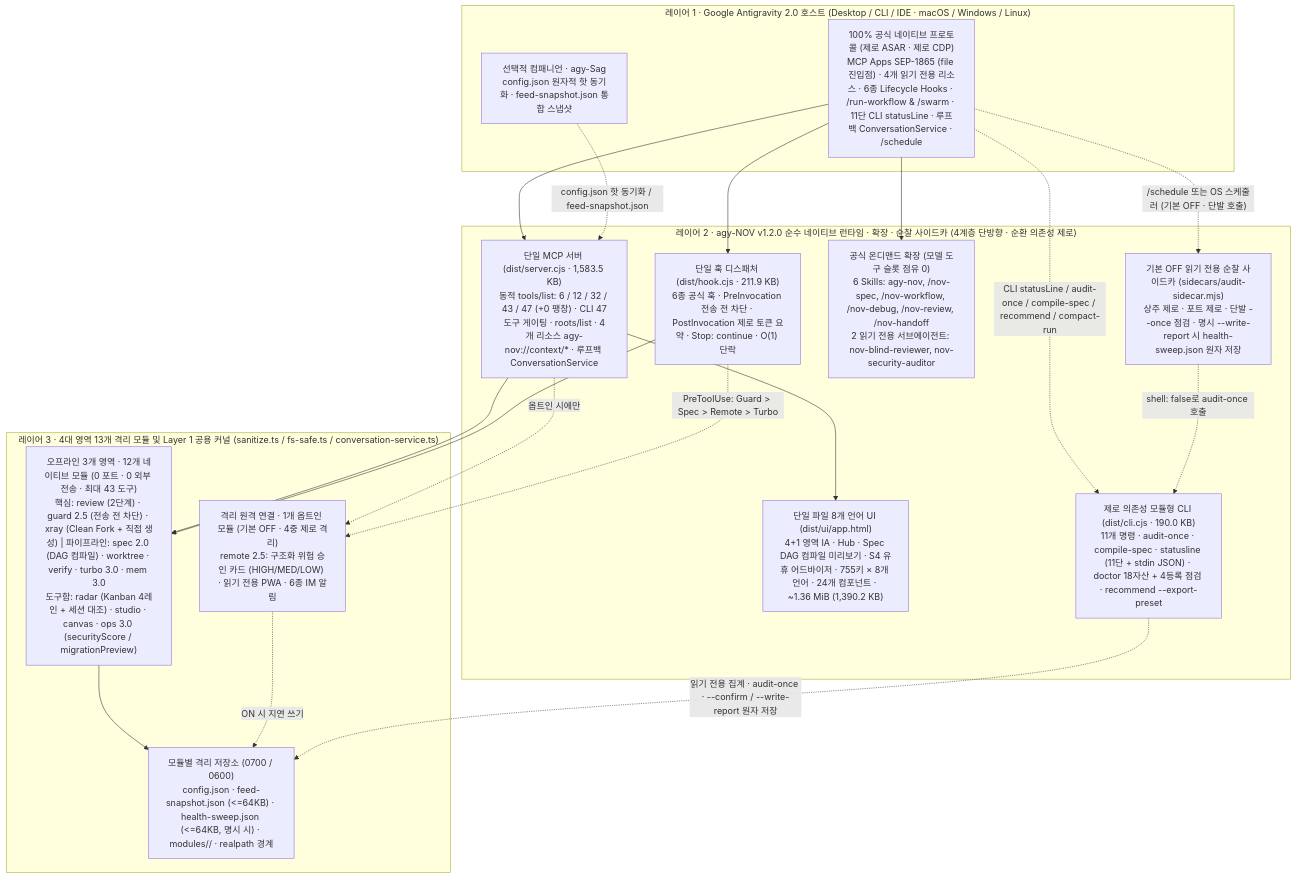
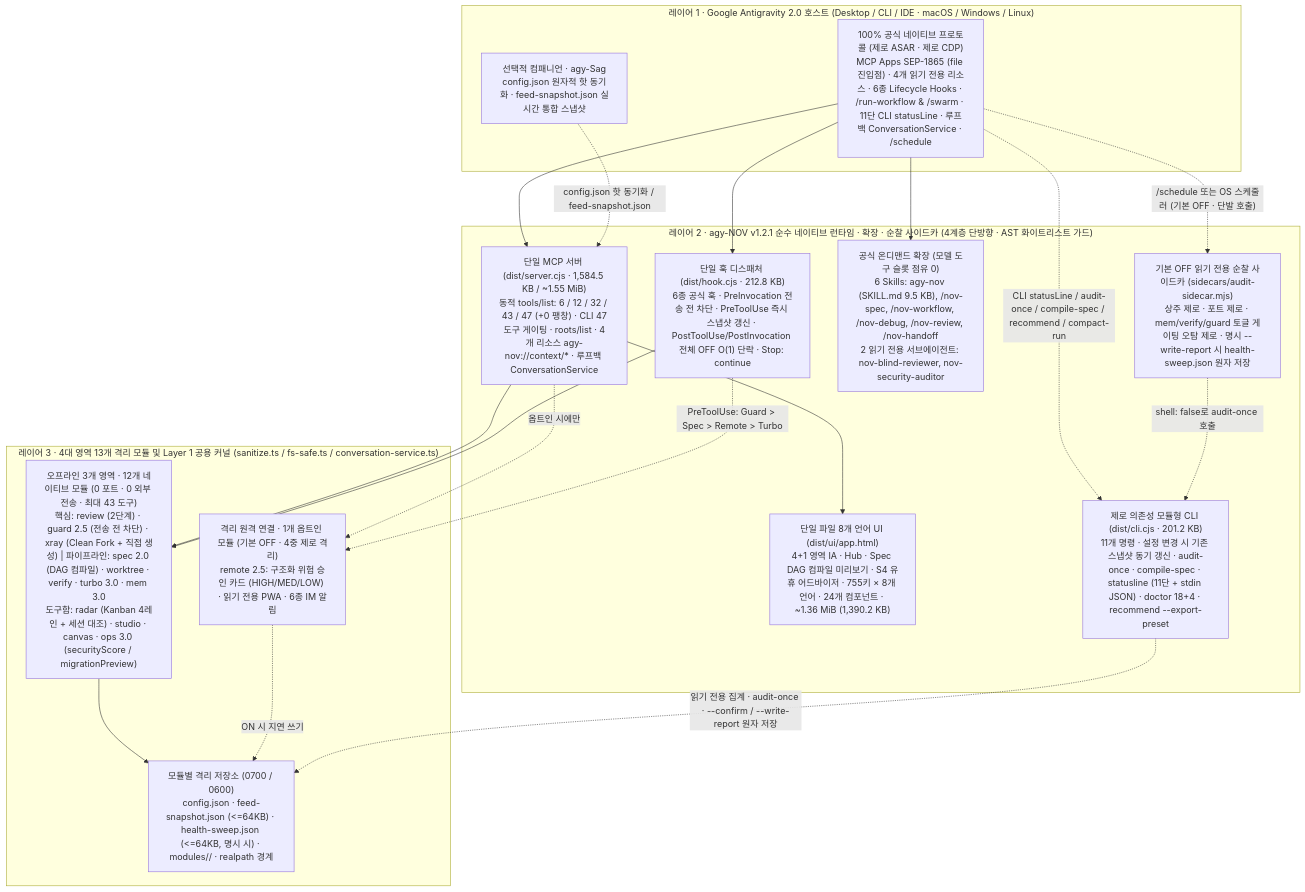
Before and after one commit to tone-leh/agy-NOV: the diagram in docs/i18n/README.ko.md, drawn with Mermaid. The commit also changed other lines of this file and 34 other files, not shown here.

Commit message:
fix(v1.2.1): dual-star feed consistency, disabled-module write gates, sidecar toggles & SKILL slimming

````diff
--- a/docs/i18n/README.ko.md
+++ b/docs/i18n/README.ko.md
@@ -260,38 +268,38 @@
 ```mermaid
 flowchart TB
   subgraph L1["레이어 1 · Google Antigravity 2.0 호스트 (Desktop / CLI / IDE · macOS / Windows / Linux)"]
     Host["100% 공식 네이티브 프로토콜 (제로 ASAR · 제로 CDP)\nMCP Apps SEP-1865 (file 진입점) · 4개 읽기 전용 리소스 · 6종 Lifecycle Hooks · /run-workflow & /swarm · 11단 CLI statusLine · 루프백 ConversationService · /schedule"]
-    Sag["선택적 컴패니언 · agy-Sag\nconfig.json 원자적 핫 동기화 · feed-snapshot.json 통합 스냅샷"]
+    Sag["선택적 컴패니언 · agy-Sag\nconfig.json 원자적 핫 동기화 · feed-snapshot.json 실시간 통합 스냅샷"]
   end
 
-  subgraph L2["레이어 2 · agy-NOV v1.2.0 순수 네이티브 런타임 · 확장 · 순찰 사이드카 (4계층 단방향 · 순환 의존성 제로)"]
-    MCP["단일 MCP 서버 (dist/server.cjs · 1,583.5 KB)\n동적 tools/list: 6 / 12 / 32 / 43 / 47 (+0 팽창) · CLI 47도구 게이팅 · roots/list · 4개 리소스 agy-nov://context/* · 루프백 ConversationService"]
-    Hook["단일 훅 디스패처 (dist/hook.cjs · 211.9 KB)\n6종 공식 훅 · PreInvocation 전송 전 차단 · PostInvocation 제로 토큰 요약 · Stop: continue · O(1) 단락"]
+  subgraph L2["레이어 2 · agy-NOV v1.2.1 순수 네이티브 런타임 · 확장 · 순찰 사이드카 (4계층 단방향 · AST 화이트리스트 가드)"]
+    MCP["단일 MCP 서버 (dist/server.cjs · 1,584.5 KB / ~1.55 MiB)\n동적 tools/list: 6 / 12 / 32 / 43 / 47 (+0 팽창) · CLI 47도구 게이팅 · roots/list · 4개 리소스 agy-nov://context/* · 루프백 ConversationService"]
+    Hook["단일 훅 디스패처 (dist/hook.cjs · 212.8 KB)\n6종 공식 훅 · PreInvocation 전송 전 차단 · PreToolUse 즉시 스냅샷 갱신 · PostToolUse/PostInvocation 전체 OFF O(1) 단락 · Stop: continue"]
     UI["단일 파일 8개 언어 UI (dist/ui/app.html)\n4+1 영역 IA · Hub · Spec DAG 컴파일 미리보기 · S4 유휴 어드바이저 · 755키 × 8개 언어 · 24개 컴포넌트 · ~1.36 MiB (1,390.2 KB)"]
-    Ext["공식 온디맨드 확장 (모델 도구 슬롯 점유 0)\n6 Skills: agy-nov, /nov-spec, /nov-workflow, /nov-debug, /nov-review, /nov-handoff\n2 읽기 전용 서브에이전트: nov-blind-reviewer, nov-security-auditor"]
-    CLI["제로 의존성 모듈형 CLI (dist/cli.cjs · 190.0 KB)\n11개 명령 · audit-once · compile-spec · statusline (11단 + stdin JSON) · doctor 18자산 + 4등록 점검 · recommend --export-preset"]
-    Sidecar["기본 OFF 읽기 전용 순찰 사이드카 (sidecars/audit-sidecar.mjs)\n상주 제로 · 포트 제로 · 단발 --once 점검 · 명시 --write-report 시 health-sweep.json 원자 저장"]
+    Ext["공식 온디맨드 확장 (모델 도구 슬롯 점유 0)\n6 Skills: agy-nov (SKILL.md 9.5 KB), /nov-spec, /nov-workflow, /nov-debug, /nov-review, /nov-handoff\n2 읽기 전용 서브에이전트: nov-blind-reviewer, nov-security-auditor"]
+    CLI["제로 의존성 모듈형 CLI (dist/cli.cjs · 201.2 KB)\n11개 명령 · 설정 변경 시 기존 스냅샷 동기 갱신 · audit-once · compile-spec · statusline (11단 + stdin JSON) · doctor 18+4 · recommend --export-preset"]
+    Sidecar["기본 OFF 읽기 전용 순찰 사이드카 (sidecars/audit-sidecar.mjs)\n상주 제로 · 포트 제로 · mem/verify/guard 토글 게이팅 오탐 제로 · 명시 --write-report 시 health-sweep.json 원자 저장"]
   end
 
   subgraph L3["레이어 3 · 4대 영역 13개 격리 모듈 및 Layer 1 공용 커널 (sanitize.ts / fs-safe.ts / conversation-service.ts)"]
     T1["오프라인 3개 영역 · 12개 네이티브 모듈 (0 포트 · 0 외부 전송 · 최대 43 도구)\n핵심: review (2단계) · guard 2.5 (전송 전 차단) · xray (Clean Fork + 직접 생성) | 파이프라인: spec 2.0 (DAG 컴파일) · worktree · verify · turbo 3.0 · mem 3.0\n도구함: radar (Kanban 4레인 + 세션 대조) · studio · canvas · ops 3.0 (securityScore / migrationPreview)"]
     T2R["격리 원격 연결 · 1개 옵트인 모듈 (기본 OFF · 4중 제로 격리)\nremote 2.5: 구조화 위험 승인 카드 (HIGH/MED/LOW) · 읽기 전용 PWA · 6종 IM 알림"]
     Store["모듈별 격리 저장소 (0700 / 0600)\nconfig.json · feed-snapshot.json (<=64KB) · health-sweep.json (<=64KB, 명시 시) · modules/<id>/ · realpath 경계"]
   end
 
   Host --> MCP
   Host --> Hook
   Host --> Ext
   Host -. "CLI statusLine / audit-once / compile-spec / recommend / compact-run" .-> CLI
   Host -. "/schedule 또는 OS 스케줄러 (기본 OFF · 단발 호출)" .-> Sidecar
   Sidecar -. "shell: false로 audit-once 호출" .-> CLI
   Sag -. "config.json 핫 동기화 / feed-snapshot.json" .-> MCP
   MCP --> UI
   MCP --> T1
   MCP -. "옵트인 시에만" .-> T2R
   Hook --> T1
   Hook -. "PreToolUse: Guard > Spec > Remote > Turbo" .-> T2R
   T1 --> Store
   T2R -. "ON 시 지연 쓰기" .-> Store
   CLI -. "읽기 전용 집계 · audit-once · --confirm / --write-report 원자 저장" .-> Store
 ```
````
